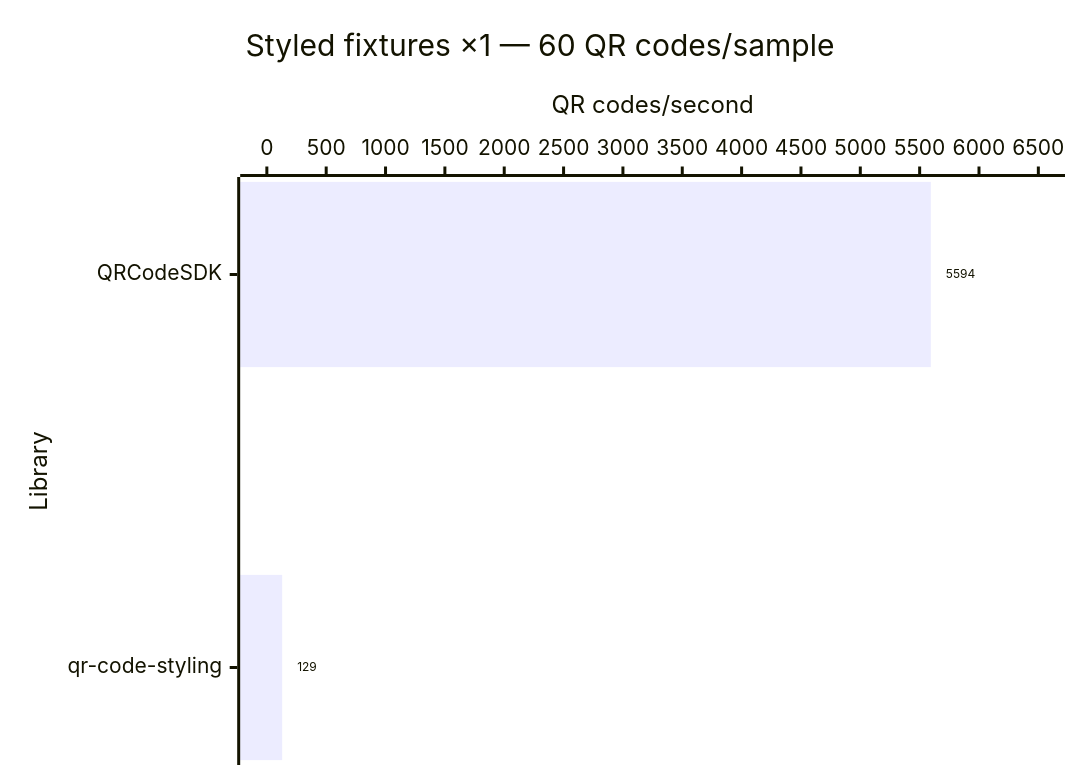
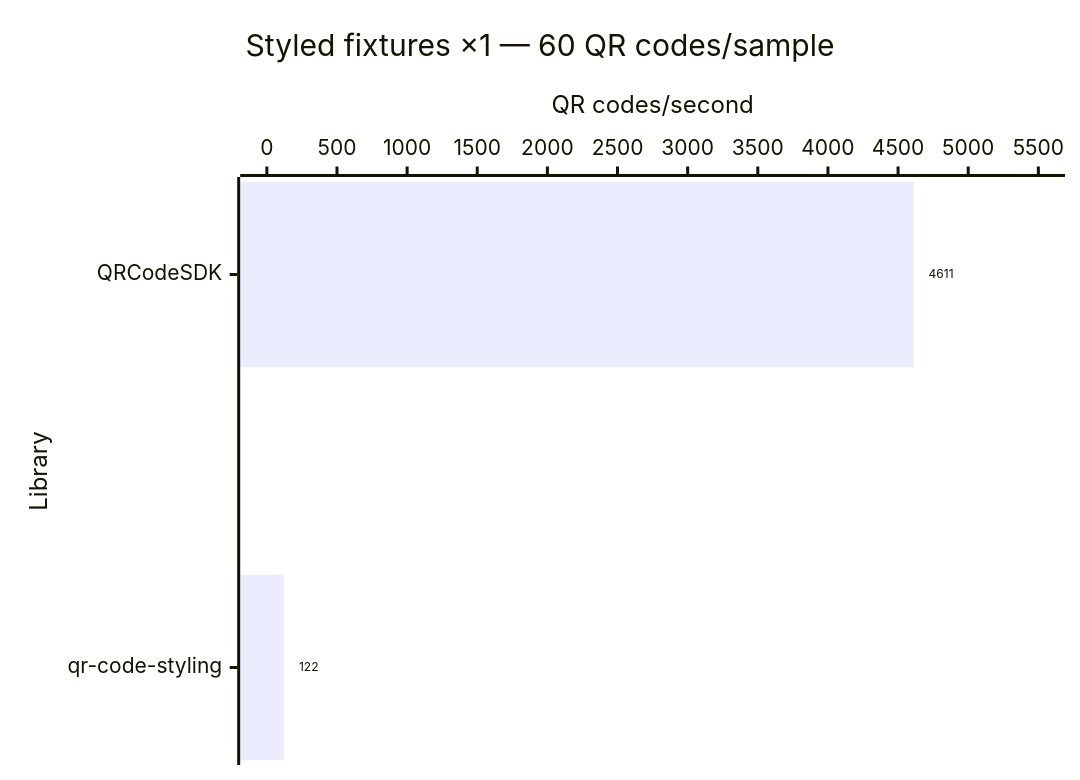
One commit to Dafnik/qrcodesdk changed diagram 12 of 14 in apps/docs/src/content/docs/learn/performance.md. Above: the diagram before and after it, drawn with Mermaid. The commit also changed other lines of this file and 75 other files, not shown here.

````diff
--- a/apps/docs/src/content/docs/learn/performance.md
+++ b/apps/docs/src/content/docs/learn/performance.md
@@ -268,15 +268,15 @@
 ```mermaid
 ---
 config:
   xyChart:
     showDataLabel: true
     showDataLabelOutsideBar: true
 ---
 xychart horizontal
   accTitle: Styled SVG generation: Styled fixtures ×1 — 60 QR codes/sample
-  accDescr: Throughput calculated from median time. QRCodeSDK 5,594 QR codes per second, qr-code-styling 129 QR codes per second. Higher is better.
+  accDescr: Throughput calculated from median time. QRCodeSDK 4,611 QR codes per second, qr-code-styling 122 QR codes per second. Higher is better.
   title "Styled fixtures ×1 — 60 QR codes/sample"
   x-axis "Library" ["QRCodeSDK", "qr-code-styling"]
-  y-axis "QR codes/second" 0 --> 6500
-  bar [5594, 129]
+  y-axis "QR codes/second" 0 --> 5500
+  bar [4611, 122]
 ```
````
